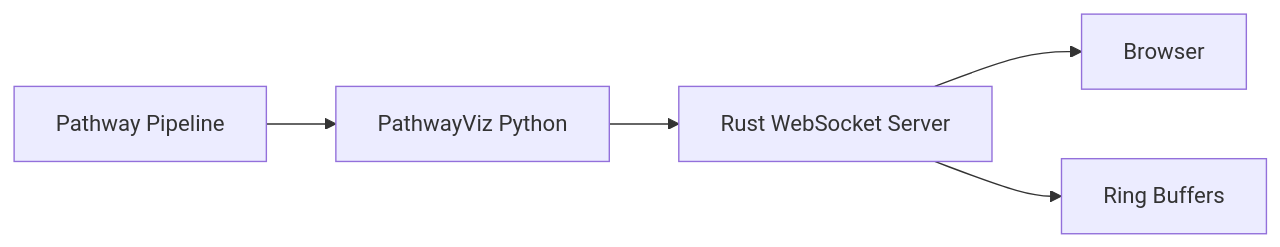
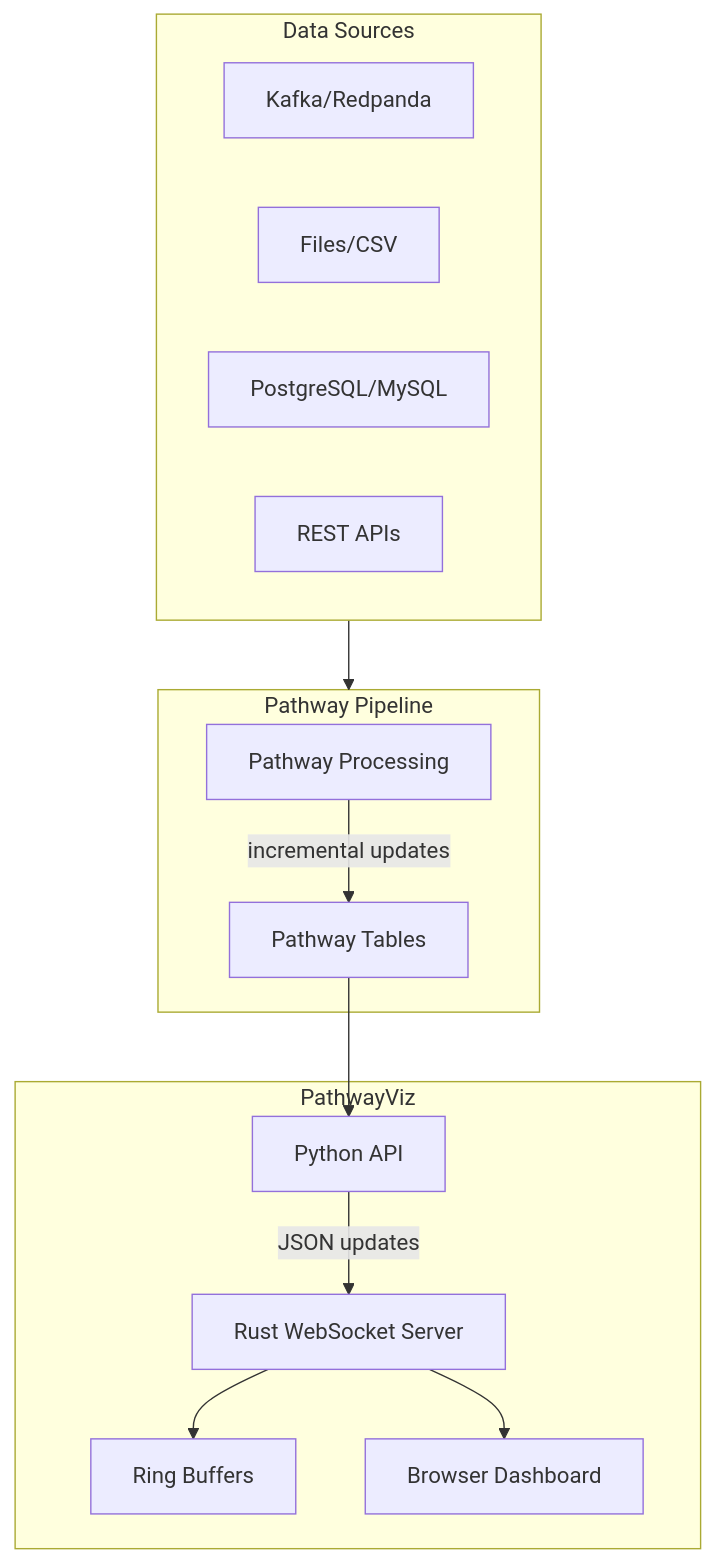
The diagram in README.md (mvfolino68/pathway-viz), drawn with Mermaid before and after one commit. The commit also changed other lines of this file and 20 other files, not shown here.

First line of the commit message:
Release v0.2.0: Rename import from pathway_viz to pathwayviz

````diff
--- a/README.md
+++ b/README.md
@@ -49,7 +53,24 @@
 ```mermaid
-flowchart LR
-    A[Pathway Pipeline] --> B[PathwayViz Python]
-    B --> C[Rust WebSocket Server]
-    C --> D[Browser]
-    C --> E[Ring Buffers]
+flowchart TB
+    subgraph DataSources["Data Sources"]
+        K[Kafka/Redpanda]
+        F[Files/CSV]
+        D[PostgreSQL/MySQL]
+        A[REST APIs]
+    end
+
+    subgraph PathwayEngine["Pathway Pipeline"]
+        P[Pathway Processing]
+        P -->|incremental updates| T[Pathway Tables]
+    end
+
+    subgraph VizLayer["PathwayViz"]
+        PV[Python API]
+        PV -->|JSON updates| RS[Rust WebSocket Server]
+        RS --> RB[Ring Buffers]
+        RS --> B[Browser Dashboard]
+    end
+
+    DataSources --> PathwayEngine
+    T --> PV
 ```
````
